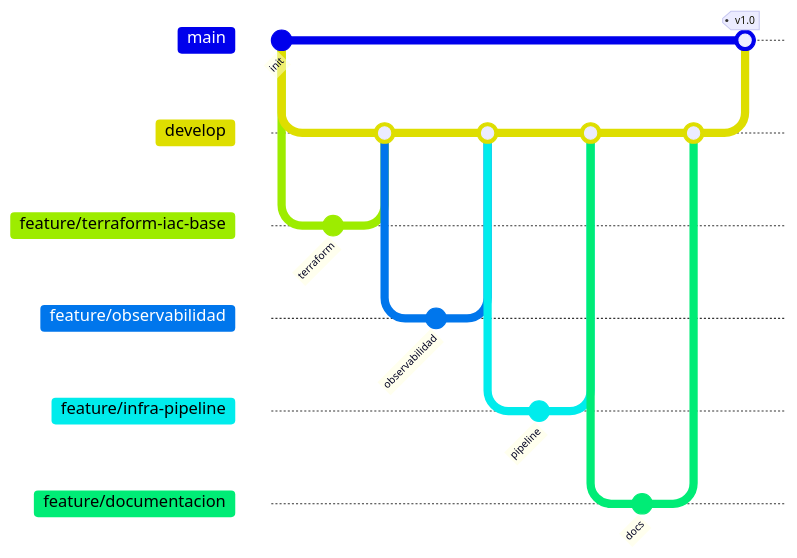
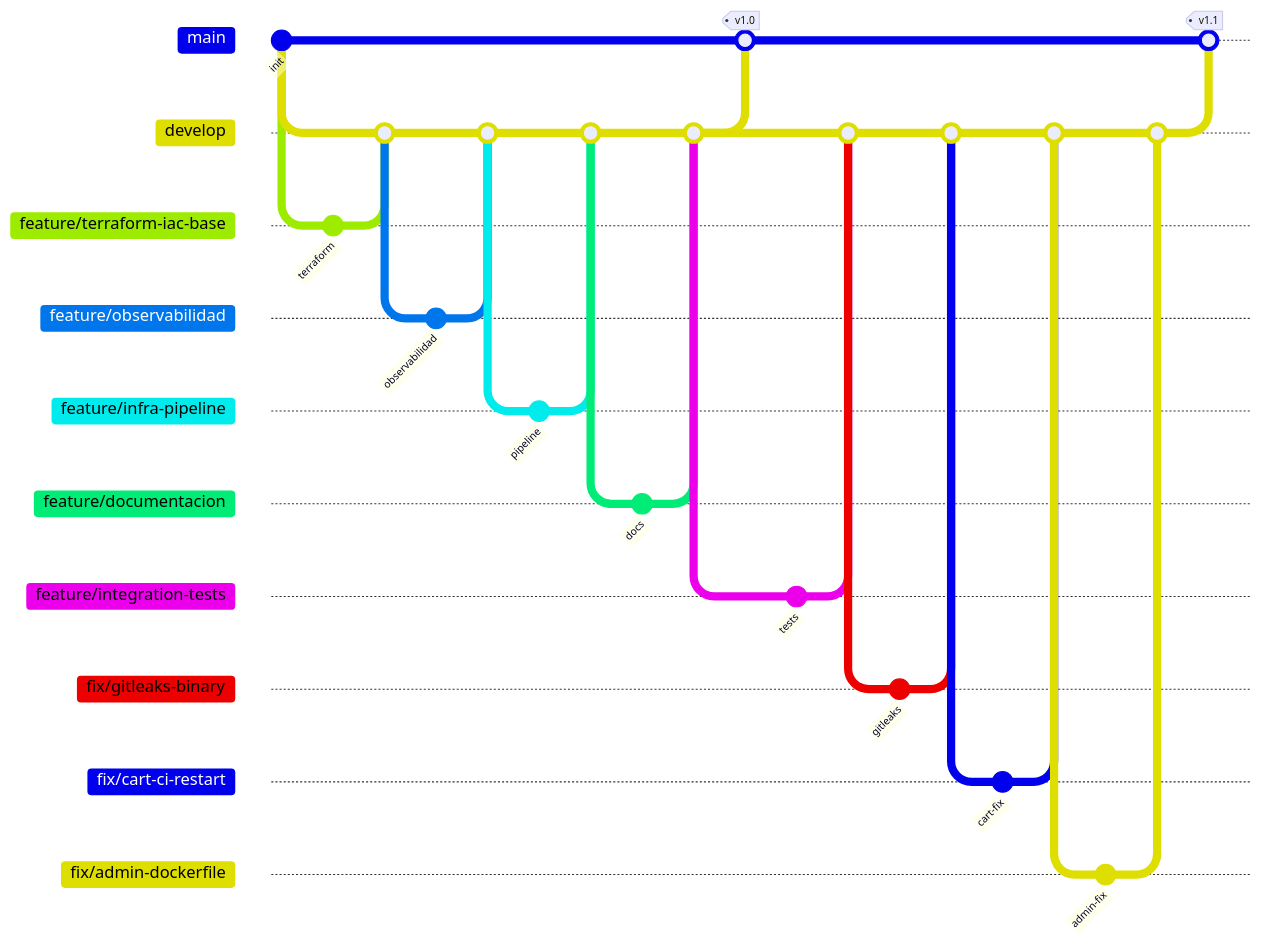
The sixth of 7 diagrams in docs/arquitectura.md (Luis-Mendaro/RetailStore-Obligatorio), drawn with Mermaid before and after one commit. The commit also changed other lines of this file and 3 other files, not shown here.

````diff
--- a/docs/arquitectura.md
+++ b/docs/arquitectura.md
@@ -111,28 +112,51 @@
 ```mermaid
 gitGraph
    commit id: "init"
    branch develop
    checkout develop
    branch "feature/terraform-iac-base"
    checkout "feature/terraform-iac-base"
    commit id: "terraform"
    checkout develop
    merge "feature/terraform-iac-base"
    branch "feature/observabilidad"
    checkout "feature/observabilidad"
    commit id: "observabilidad"
    checkout develop
    merge "feature/observabilidad"
    branch "feature/infra-pipeline"
    checkout "feature/infra-pipeline"
    commit id: "pipeline"
    checkout develop
    merge "feature/infra-pipeline"
    branch "feature/documentacion"
    checkout "feature/documentacion"
    commit id: "docs"
    checkout develop
    merge "feature/documentacion"
    checkout main
    merge develop tag: "v1.0"
+   checkout develop
+   branch "feature/integration-tests"
+   checkout "feature/integration-tests"
+   commit id: "tests"
+   checkout develop
+   merge "feature/integration-tests"
+   branch "fix/gitleaks-binary"
+   checkout "fix/gitleaks-binary"
+   commit id: "gitleaks"
+   checkout develop
+   merge "fix/gitleaks-binary"
+   branch "fix/cart-ci-restart"
+   checkout "fix/cart-ci-restart"
+   commit id: "cart-fix"
+   checkout develop
+   merge "fix/cart-ci-restart"
+   branch "fix/admin-dockerfile"
+   checkout "fix/admin-dockerfile"
+   commit id: "admin-fix"
+   checkout develop
+   merge "fix/admin-dockerfile"
+   checkout main
+   merge develop tag: "v1.1"
 ```
````
